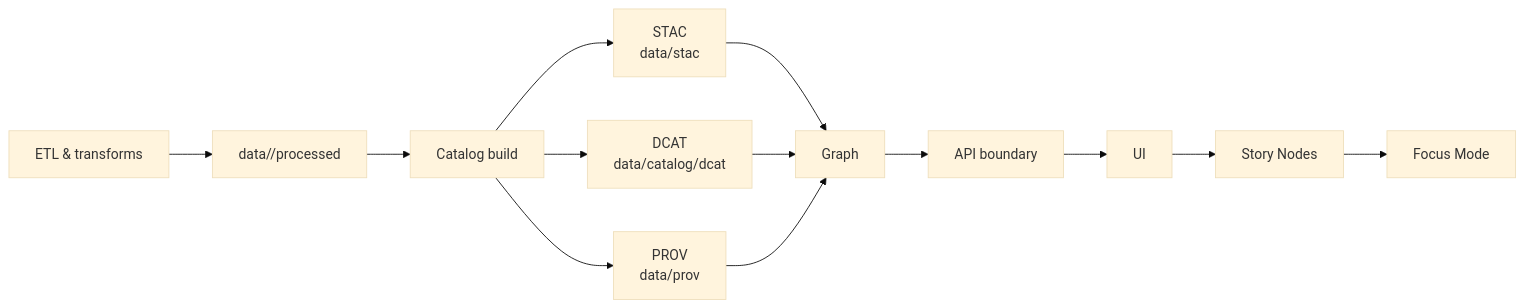
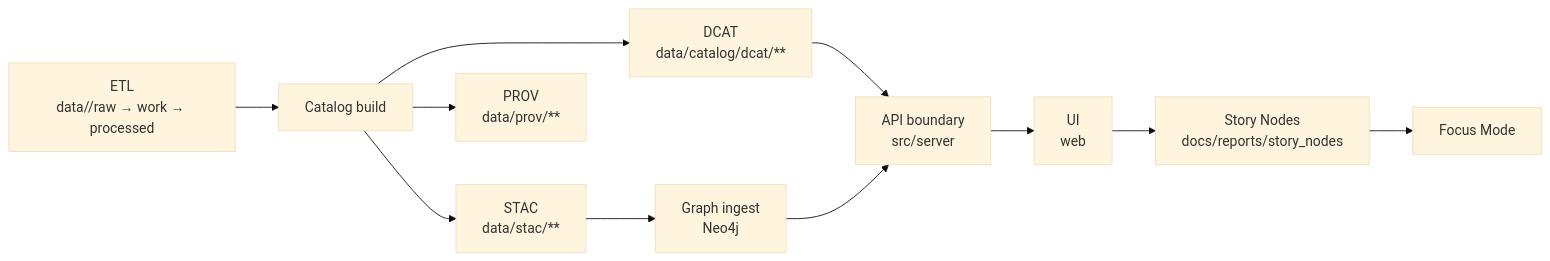
One commit to bartytime4life/Kansas-Frontier-Matrix changed the diagram in data/catalog/README.md. Above: the diagram before and after it, drawn with Mermaid (base theme). The commit also changed other lines of this file, not shown here.

First line of the commit message:
Revise README for data/catalog directory

```diff
--- a/data/catalog/README.md
+++ b/data/catalog/README.md
@@ -130,15 +160,13 @@
 ~~~mermaid
 flowchart LR
-  A[ETL & transforms] --> B[data/<domain>/processed]
-  B --> C[Catalog build]
-  C --> S[STAC<br/>data/stac]
-  C --> D[DCAT<br/>data/catalog/dcat]
-  C --> P[PROV<br/>data/prov]
-  S --> G[Graph]
-  D --> G
-  P --> G
-  G --> API[API boundary]
-  API --> UI[UI]
-  UI --> SN[Story Nodes]
-  SN --> FM[Focus Mode]
+  ETL[ETL<br/>data/<domain>/raw → work → processed] --> CAT[Catalog build]
+  CAT --> STAC[STAC<br/>data/stac/**]
+  CAT --> DCAT[DCAT<br/>data/catalog/dcat/**]
+  CAT --> PROV[PROV<br/>data/prov/**]
+  STAC --> GRAPH[Graph ingest<br/>Neo4j]
+  DCAT --> API[API boundary<br/>src/server]
+  GRAPH --> API
+  API --> UI[UI<br/>web]
+  UI --> STORY[Story Nodes<br/>docs/reports/story_nodes]
+  STORY --> FOCUS[Focus Mode]
 ~~~
```
